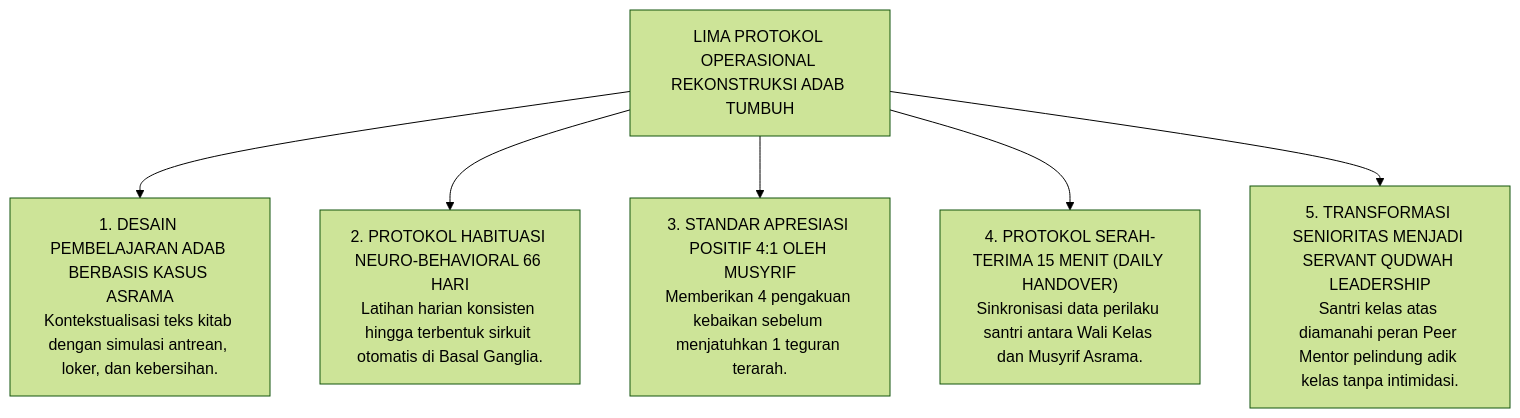
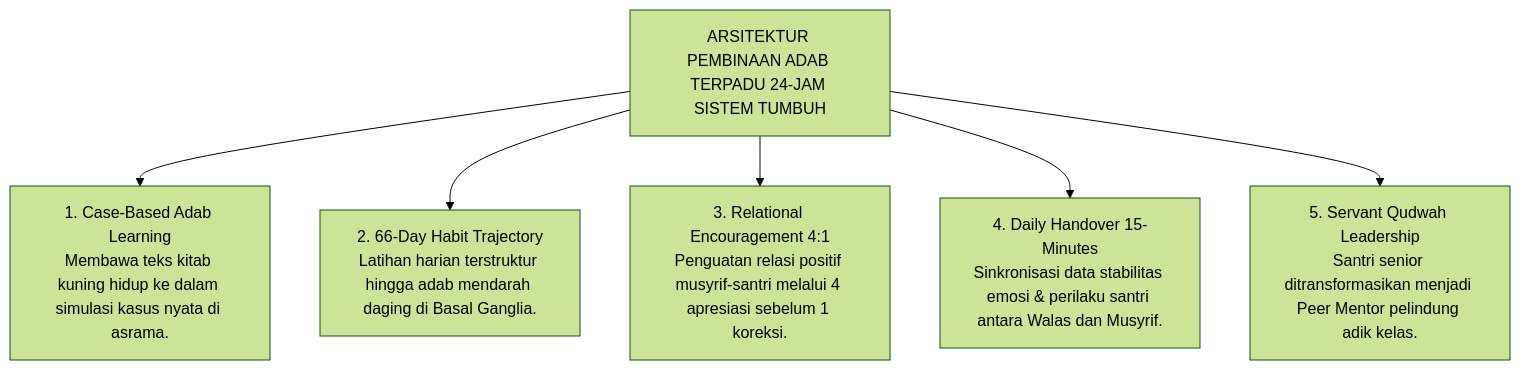
The sixth of 6 diagrams in BOOK-SERIES/Volume-01/Bab-01-Krisis-Karakter-dan-Urgensi-Rekonstruksi/01-Anomali-Pendidikan-Karakter-Tradisional.md (wandiapriliyandi/tumbuh), drawn with Mermaid (forest theme) before and after one commit. The commit also changed other lines of this file and 3 other files, not shown here.

Commit message:
docs(bab-01): bangun ulang seluruh Bab 01 murni berorientasi penjelasan sistemik arsitektur TUMBUH tanpa template muhasabah buatan

````diff
--- a/BOOK-SERIES/Volume-01/Bab-01-Krisis-Karakter-dan-Urgensi-Rekonstruksi/01-Anomali-Pendidikan-Karakter-Tradisional.md
+++ b/BOOK-SERIES/Volume-01/Bab-01-Krisis-Karakter-dan-Urgensi-Rekonstruksi/01-Anomali-Pendidikan-Karakter-Tradisional.md
@@ -200,14 +188,14 @@
 ```mermaid
 graph TD
-    RootProt["LIMA PROTOKOL OPERASIONAL REKONSTRUKSI ADAB TUMBUH"]
+    RootProt["ARSITEKTUR PEMBINAAN ADAB TERPADU 24-JAM SISTEM TUMBUH"]
     
-    RootProt --> P1["1. DESAIN PEMBELAJARAN ADAB BERBASIS KASUS ASRAMA<br/>Kontekstualisasi teks kitab dengan simulasi antrean, loker, dan kebersihan."]
+    RootProt --> P1["1. Case-Based Adab Learning<br/>Membawa teks kitab kuning hidup ke dalam simulasi kasus nyata di asrama."]
     
-    RootProt --> P2["2. PROTOKOL HABITUASI NEURO-BEHAVIORAL 66 HARI<br/>Latihan harian konsisten hingga terbentuk sirkuit otomatis di Basal Ganglia."]
+    RootProt --> P2["2. 66-Day Habit Trajectory<br/>Latihan harian terstruktur hingga adab mendarah daging di Basal Ganglia."]
     
-    RootProt --> P3["3. STANDAR APRESIASI POSITIF 4:1 OLEH MUSYRIF<br/>Memberikan 4 pengakuan kebaikan sebelum menjatuhkan 1 teguran terarah."]
+    RootProt --> P3["3. Relational Encouragement 4:1<br/>Penguatan relasi positif musyrif-santri melalui 4 apresiasi sebelum 1 koreksi."]
     
-    RootProt --> P4["4. PROTOKOL SERAH-TERIMA 15 MENIT (DAILY HANDOVER)<br/>Sinkronisasi data perilaku santri antara Wali Kelas dan Musyrif Asrama."]
+    RootProt --> P4["4. Daily Handover 15-Minutes<br/>Sinkronisasi data stabilitas emosi & perilaku santri antara Walas dan Musyrif."]
     
-    RootProt --> P5["5. TRANSFORMASI SENIORITAS MENJADI SERVANT QUDWAH LEADERSHIP<br/>Santri kelas atas diamanahi peran Peer Mentor pelindung adik kelas tanpa intimidasi."]
+    RootProt --> P5["5. Servant Qudwah Leadership<br/>Santri senior ditransformasikan menjadi Peer Mentor pelindung adik kelas."]
 ```
````
